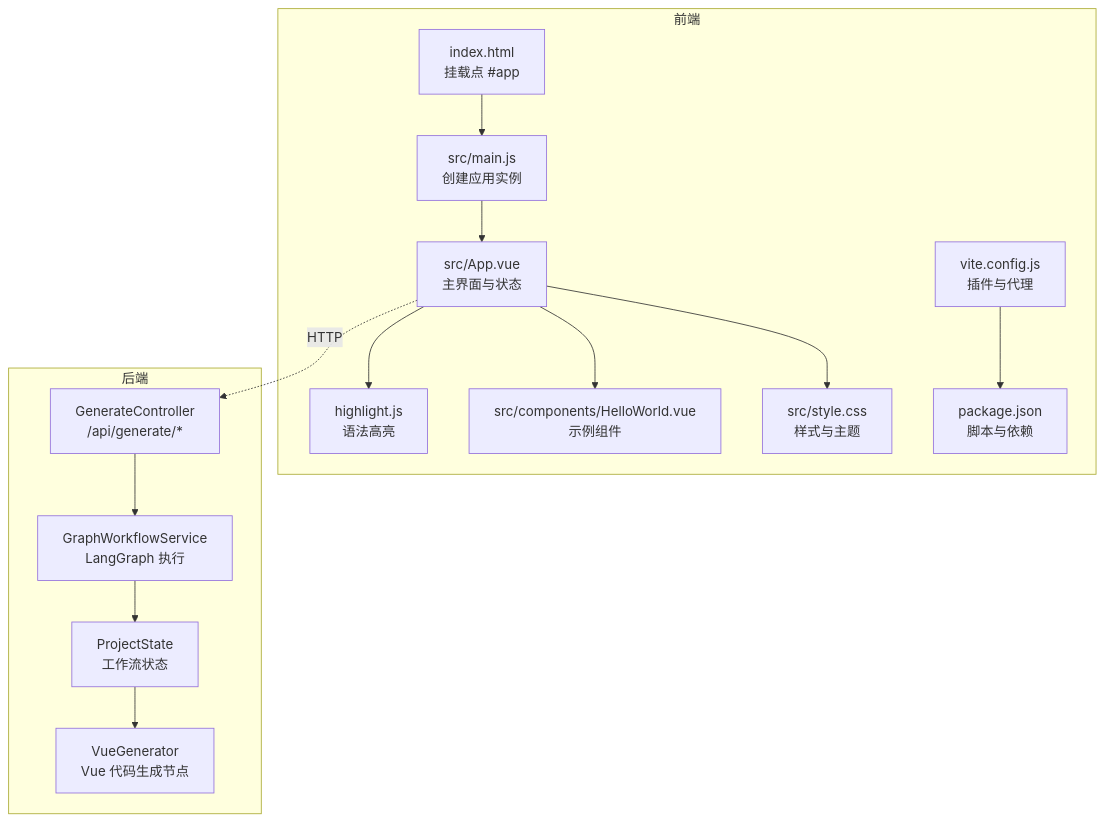
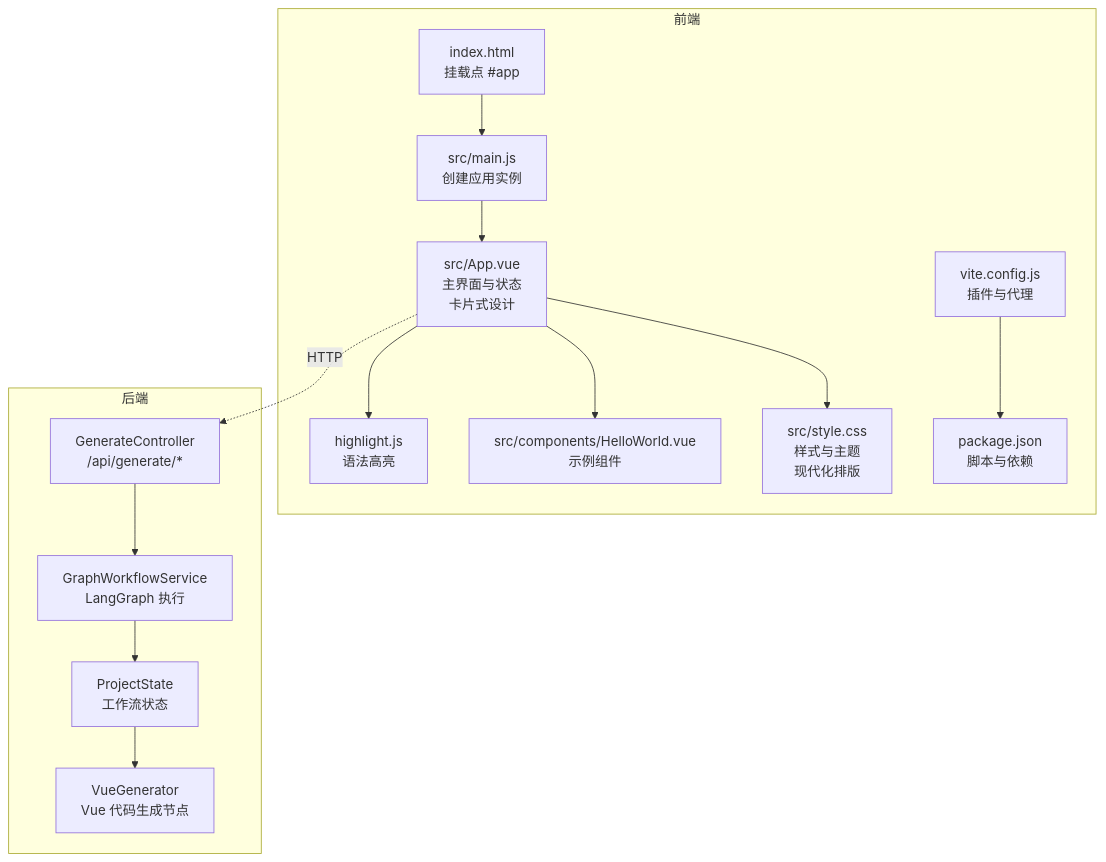
One commit to CyanYuKi/WebSiteFrontendCodeMother changed the first of 4 diagrams in .qoder/repowiki/zh/content/前端Vue.js应用.md. Above: the diagram before and after it, drawn with Mermaid. The commit also changed other lines of this file and 21 other files, not shown here.

````diff
--- a/.qoder/repowiki/zh/content/前端Vue.js应用.md
+++ b/.qoder/repowiki/zh/content/前端Vue.js应用.md
@@ -52,26 +55,26 @@
 ```mermaid
 graph TB
 subgraph "前端"
 A["index.html<br/>挂载点 #app"]
 B["src/main.js<br/>创建应用实例"]
-C["src/App.vue<br/>主界面与状态"]
-D["src/style.css<br/>样式与主题"]
+C["src/App.vue<br/>主界面与状态<br/>卡片式设计"]
+D["src/style.css<br/>样式与主题<br/>现代化排版"]
 E["src/components/HelloWorld.vue<br/>示例组件"]
 F["vite.config.js<br/>插件与代理"]
 G["package.json<br/>脚本与依赖"]
 H["highlight.js<br/>语法高亮"]
 end
 subgraph "后端"
 I["GenerateController<br/>/api/generate/*"]
 J["GraphWorkflowService<br/>LangGraph 执行"]
 K["ProjectState<br/>工作流状态"]
 L["VueGenerator<br/>Vue 代码生成节点"]
 end
 A --> B --> C
 C --> D
 C --> E
 C --> H
 F --> G
 C -.HTTP.-> I
 I --> J --> K --> L
 ```
````
